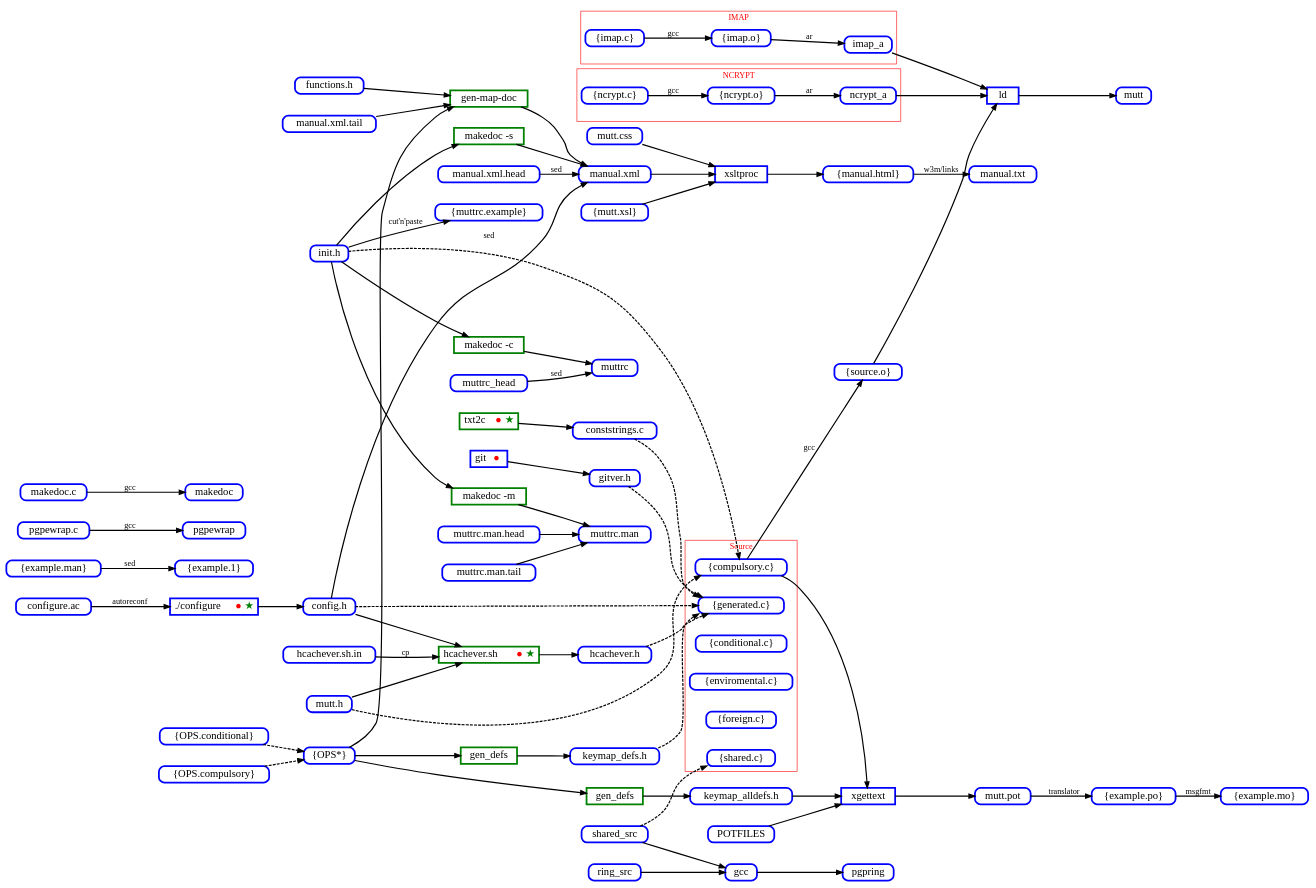
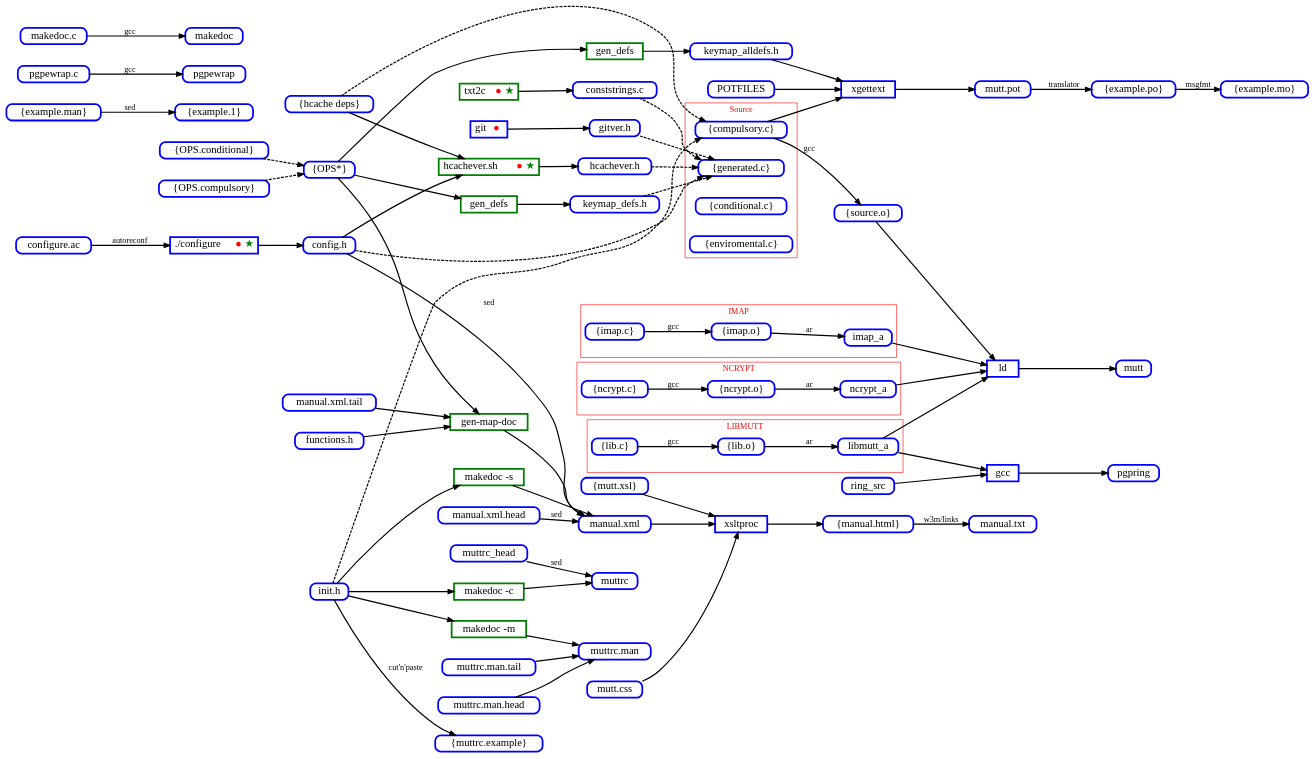
One commit to neomutt/neomutt.github.io changed the diagram in _dev/make.gv. Above: the diagram before and after it, drawn with Graphviz. The commit also changed 2 other files, not shown here.

```diff
--- a/_dev/make.gv
+++ b/_dev/make.gv
@@ -1,191 +1,200 @@
 digraph build {
 	graph [
 		rankdir="LR"
 		nodesep="0.5"
 		ranksep="0.3"
 	]
 
 	node [
 		shape="Mrecord"
 		style="solid"
 		height="0.2"
 		penwidth="3.0"
 		color="blue"
 		fontcolor="black"
 		fontsize="18"
 	]
 
 	edge [
 		penwidth="2.0"
 		color="#000000"
 		arrowsize="1.0"
 	]
 
 
 	comp_ops         [ label="\{OPS.compulsory\}"  ]
 	cond_ops         [ label="\{OPS.conditional\}" ]
 	configure_ac     [ label="configure.ac"        ]
 	config_h         [ label="config.h"            ]
 	conststrings_c   [ label="conststrings.c"      ]
 	functions_h      [ label="functions.h"         ]
 	gitver_h         [ label="gitver.h"            ]
 	hcachever_h      [ label="hcachever.h"         ]
 	hcachever_sh     [ label="hcachever.sh"        ]
-	hcachever_sh_in  [ label="hcachever.sh.in"     ]
 	init_h           [ label="init.h"              ]
 	keymap_alldefs_h [ label="keymap_alldefs.h"    ]
 	keymap_defs_h    [ label="keymap_defs.h"       ]
 	lots_1           [ label="\{example.1\}"       ]
 	lots_man         [ label="\{example.man\}"     ]
 	lots_mo          [ label="\{example.mo\}"      ]
 	lots_muttrc      [ label="\{muttrc.example\}"  ]
 	lots_obj         [ label="\{source.o\}"        ]
 	lots_po          [ label="\{example.po\}"      ]
 	lots_xsl         [ label="\{mutt.xsl\}"        ]
 	pgpewrap_src     [ label="pgpewrap.c"          ]
 	makedoc_src      [ label="makedoc.c"           ]
 	manual_html      [ label="\{manual.html\}"     ]
 	manual_txt       [ label="manual.txt"          ]
 	manual_xml       [ label="manual.xml"          ]
 	manual_xml_head  [ label="manual.xml.head"     ]
 	manual_xml_tail  [ label="manual.xml.tail"     ]
 	muttrc           [ label="muttrc"              ]
 	muttrc_man       [ label="muttrc.man"          ]
 	muttrc_man_head  [ label="muttrc.man.head"     ]
 	muttrc_man_tail  [ label="muttrc.man.tail"     ]
 	mutt_css         [ label="mutt.css"            ]
-	mutt_h           [ label="mutt.h"              ]
+	mutt_h           [ label="\{hcache deps\}"     ]
 	mutt_pot         [ label="mutt.pot"            ]
 	ops              [ label="\{OPS*\}"            ]
 
 	dot_configure [ label=<./configure <font color="red">●</font><font color="green">★</font>> shape="box" ]
+	gcc           [ label="gcc" shape="box" ]
 	gen_alldefs   [ label="gen_defs" color="green" shape="box" ]
 	gen_defs      [ label="gen_defs" color="green" shape="box" ]
 	gen_map_doc   [ label="gen-map-doc" color="green" shape="box" ]
 	git           [ label=<git <font color="red">●</font>> shape="box" ]
 	hcachever_sh  [ label=<hcachever.sh <font color="red">●</font><font color="green">★</font>> color="green" shape="box" ]
 	ld            [ label="ld" shape="box" ]
 	makedoc_c     [ label="makedoc -c" color="green" shape="box" ]
 	makedoc_m     [ label="makedoc -m" color="green" shape="box" ]
 	makedoc_s     [ label="makedoc -s" color="green" shape="box" ]
 	txt2c         [ label=<txt2c <font color="red">●</font><font color="green">★</font>> color="green" shape="box" ]
 	xgettext      [ label="xgettext" shape="box" ]
 	xsltproc      [ label="xsltproc" shape="box" ]
 
 	compulsory -> lots_obj [ label="gcc" ]
 	lots_obj -> ld
 	ld -> mutt
 
 	dot_configure -> config_h
 	config_h -> generated [ style="dashed" ]
 
 	git -> gitver_h
 	gitver_h -> generated [ style="dashed" ]
 
 	txt2c -> conststrings_c
 	conststrings_c -> generated [ style="dashed" ]
 
 	config_h -> hcachever_sh
 	mutt_h -> hcachever_sh
 	mutt_h -> compulsory [ style="dashed" ]
 	hcachever_sh -> hcachever_h
 	hcachever_h -> generated [ style="dashed" ]
 
 	ops -> gen_defs
 	gen_defs -> keymap_defs_h
 	ops -> gen_alldefs
 	gen_alldefs -> keymap_alldefs_h
 	keymap_defs_h -> generated [ style="dashed" ]
 
 	cond_ops -> ops [ style="dashed" ]
 	comp_ops -> ops [ style="dashed" ]
 
+	subgraph cluster_lib {
+		fontcolor="red"
+		label="LIBMUTT"
+		color="#ff0000"
+
+		lots_lib_c [ label="\{lib.c\}" ]
+		lots_lib_o [ label="\{lib.o\}" ]
+
+		lots_lib_c -> lots_lib_o [ label="gcc" ]
+		lots_lib_o -> libmutt_a [ label="ar" ]
+	}
+
 	subgraph cluster_imap {
 		fontcolor="red"
 		label="IMAP"
 		color="#ff0000"
 
 		lots_imap_c [ label="\{imap.c\}" ]
 		lots_imap_o [ label="\{imap.o\}" ]
 
 		lots_imap_c -> lots_imap_o [ label="gcc" ]
 		lots_imap_o -> imap_a [ label="ar" ]
 	}
 
 	subgraph cluster_ncrypt {
 		fontcolor="red"
 		label="NCRYPT"
 		color="#ff0000"
 
 		lots_ncrypt_c [ label="\{ncrypt.c\}" ]
 		lots_ncrypt_o [ label="\{ncrypt.o\}" ]
 
 		lots_ncrypt_c -> lots_ncrypt_o [ label="gcc" ]
 		lots_ncrypt_o -> ncrypt_a [ label="ar" ]
 	}
 
 	subgraph cluster_source {
 		fontcolor="red"
 		label="Source"
 		color="#ff0000"
 
 		compulsory   [ label="\{compulsory.c\}"   ]
 		conditional  [ label="\{conditional.c\}"  ]
 		enviromental [ label="\{enviromental.c\}" ]
-		foreign      [ label="\{foreign.c\}"      ]
 		generated    [ label="\{generated.c\}"    ]
-		shared       [ label="\{shared.c\}"       ]
 	}
 
 	imap_a -> ld
+	libmutt_a -> ld
 	ncrypt_a -> ld
 	POTFILES -> xgettext
 	keymap_alldefs_h -> xgettext
 	compulsory -> xgettext
 	xgettext -> mutt_pot
 
 	lots_man -> lots_1 [ label="sed" ]
 
 	configure_ac -> dot_configure [ label="autoreconf" ]
 
 	manual_xml -> xsltproc
 	lots_xsl -> xsltproc
 	mutt_css -> xsltproc
 	xsltproc -> manual_html
 	manual_html -> manual_txt [ label="w3m/links" ]
 
 	mutt_pot -> lots_po [ label="translator" ]
 	lots_po -> lots_mo [ label="msgfmt" ]
 
 	init_h -> makedoc_m
 	muttrc_man_head -> muttrc_man
 	makedoc_m -> muttrc_man
 	muttrc_man_tail -> muttrc_man
 
 	muttrc_head -> muttrc [ label="sed" ]
 	init_h -> makedoc_c
 	makedoc_c -> muttrc
 
 	init_h -> lots_muttrc [ label="cut'n'paste" ]
 
 	init_h -> compulsory [ style="dashed" ]
 
-	hcachever_sh_in -> hcachever_sh [ label="cp" ]
 	pgpewrap_src -> pgpewrap [ label="gcc" ]
 	makedoc_src -> makedoc [ label="gcc" ]
 
 	config_h -> manual_xml [ label="sed" ]
 	manual_xml_head -> manual_xml [ label="sed" ]
 
 	manual_xml_tail -> gen_map_doc
 	ops -> gen_map_doc
 	gen_map_doc -> manual_xml
 	init_h -> makedoc_s
 	makedoc_s -> manual_xml
 	functions_h -> gen_map_doc
 
-	shared_src -> gcc
-	shared_src -> shared [ style="dashed" ]
+  libmutt_a -> gcc
 	ring_src -> gcc
 	gcc -> pgpring
 }
```
